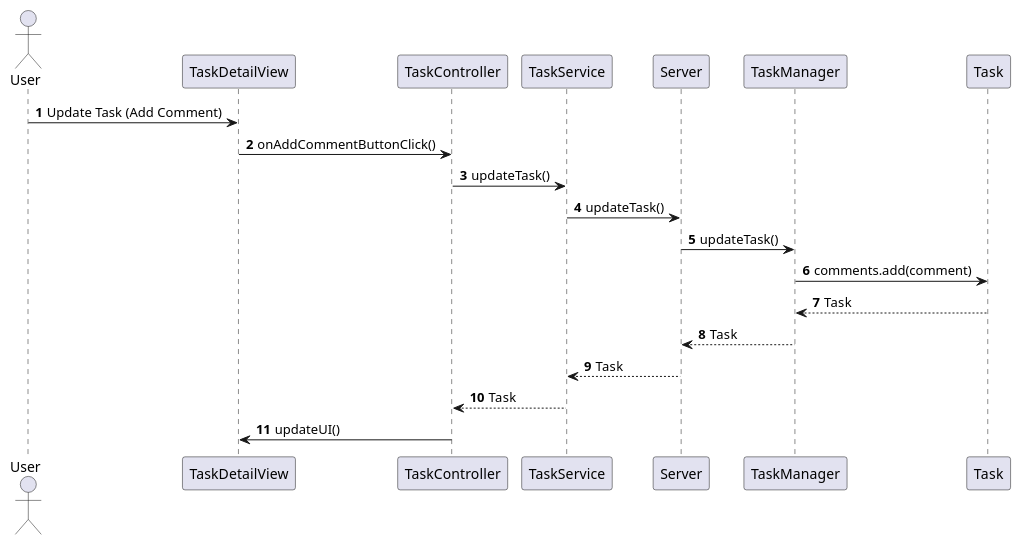
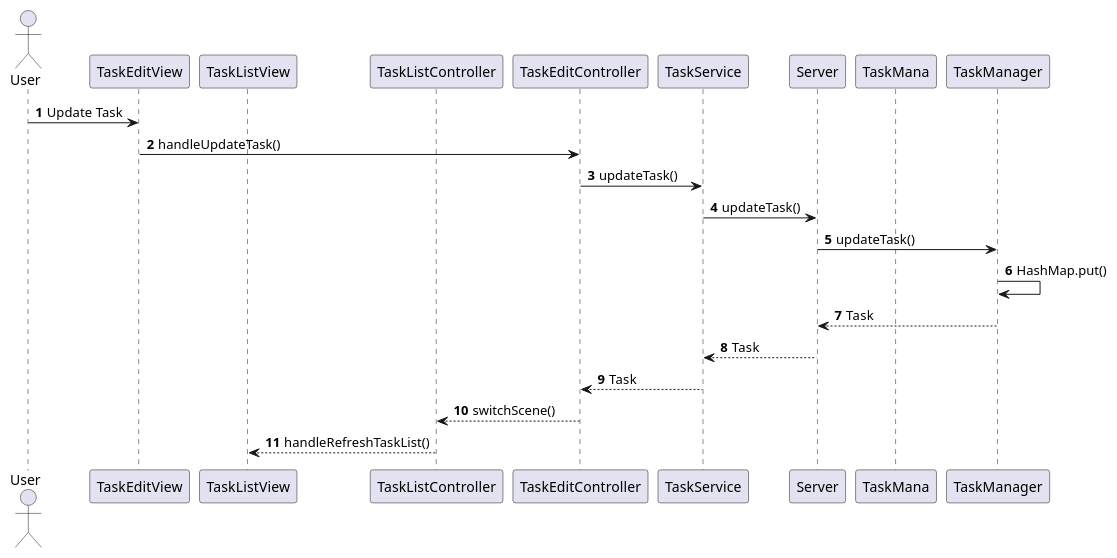
Before and after one commit to dalibran/javafinalp1: the diagram in uml/sequence_update.puml, drawn with PlantUML. The commit also changed 16 other files, not shown here.

```diff
--- a/uml/sequence_update.puml
+++ b/uml/sequence_update.puml
@@ -1,25 +1,26 @@
 @startuml
 'https://plantuml.com/sequence-diagram
 
 autonumber
 actor User
-participant TaskDetailView as UI
-participant TaskController
+participant TaskEditView as UI
+participant TaskListView
+participant TaskListController
+participant TaskEditController
 participant TaskService
 participant Server
-participant TaskManager
-participant Task
+participant TaskMana
 
-User -> UI: Update Task (Add Comment)
-UI -> TaskController: onAddCommentButtonClick()
-TaskController -> TaskService: updateTask()
+User -> UI: Update Task
+UI -> TaskEditController: handleUpdateTask()
+TaskEditController -> TaskService: updateTask()
 TaskService -> Server: updateTask()
 Server -> TaskManager: updateTask()
-TaskManager -> Task: comments.add(comment)
-Task --> TaskManager: Task
+TaskManager -> TaskManager: HashMap.put()
 TaskManager --> Server: Task
 Server --> TaskService: Task
-TaskService --> TaskController: Task
-TaskController -> UI: updateUI()
+TaskService --> TaskEditController: Task
+TaskEditController --> TaskListController: switchScene()
+TaskListController --> TaskListView: handleRefreshTaskList()
 
 @enduml
```
